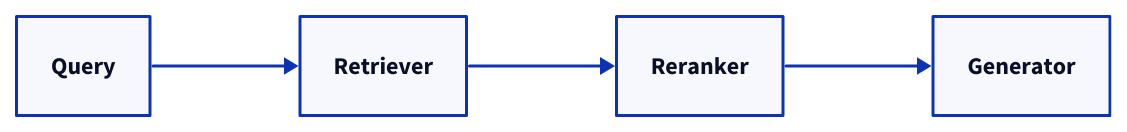
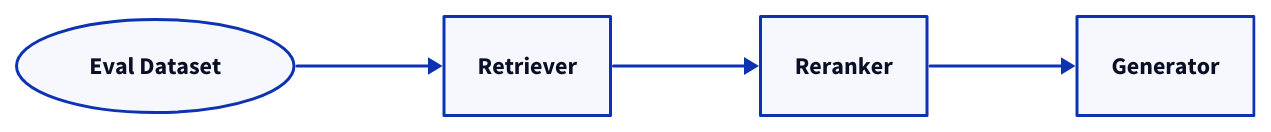
Before and after one commit to relari-ai/continuous-eval: the diagram in docs/src/content/docs/examples/1_simple_rag_evaluation.mdx, drawn with D2. The commit also changed other lines of this file and 9 other files, not shown here.

````diff
--- a/docs/src/content/docs/examples/1_simple_rag_evaluation.mdx
+++ b/docs/src/content/docs/examples/1_simple_rag_evaluation.mdx
@@ -9,4 +9,7 @@
 ```d2
 direction: right
-Query -> Retriever -> Reranker -> Generator
+Dataset: Eval Dataset
+Dataset.shape: oval
+Dataset -> Retriever
+Retriever -> Reranker -> Generator
 ```
````
